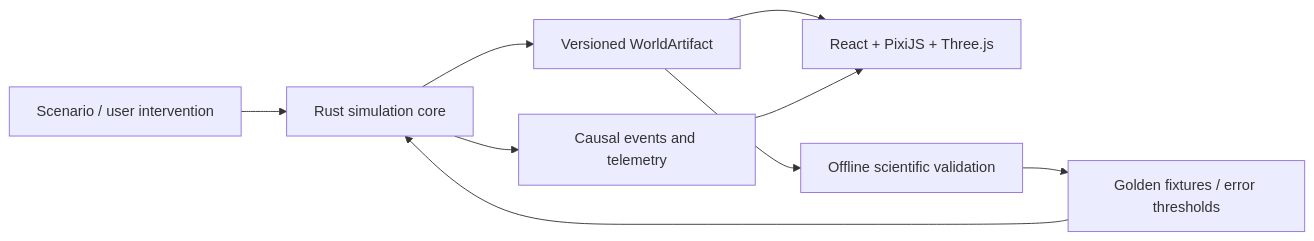
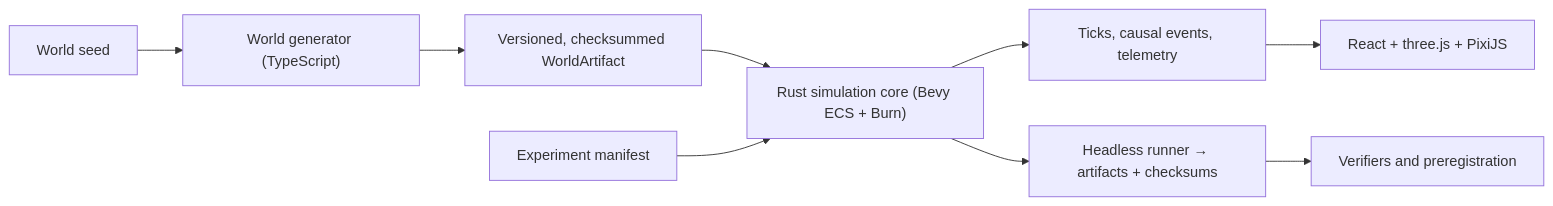
The diagram in README.en.md (DuongNAD/Anima-Engine), drawn with Mermaid before and after one commit. The commit also changed other lines of this file and 3 other files, not shown here.

````diff
--- a/README.en.md
+++ b/README.en.md
@@ -66,11 +124,11 @@
 ```mermaid
 flowchart LR
-    I["Scenario / user intervention"] --> R["Rust simulation core"]
-    R --> A["Versioned WorldArtifact"]
-    A --> U["React + PixiJS + Three.js"]
-    R --> E["Causal events and telemetry"]
-    E --> U
-    A --> O["Offline scientific validation"]
-    O --> G["Golden fixtures / error thresholds"]
-    G --> R
+    S["World seed"] --> W["World generator (TypeScript)"]
+    W --> A["Versioned, checksummed WorldArtifact"]
+    A --> R["Rust simulation core (Bevy ECS + Burn)"]
+    M["Experiment manifest"] --> R
+    R --> T["Ticks, causal events, telemetry"]
+    T --> U["React + three.js + PixiJS"]
+    R --> X["Headless runner → artifacts + checksums"]
+    X --> V["Verifiers and preregistration"]
 ```
````
